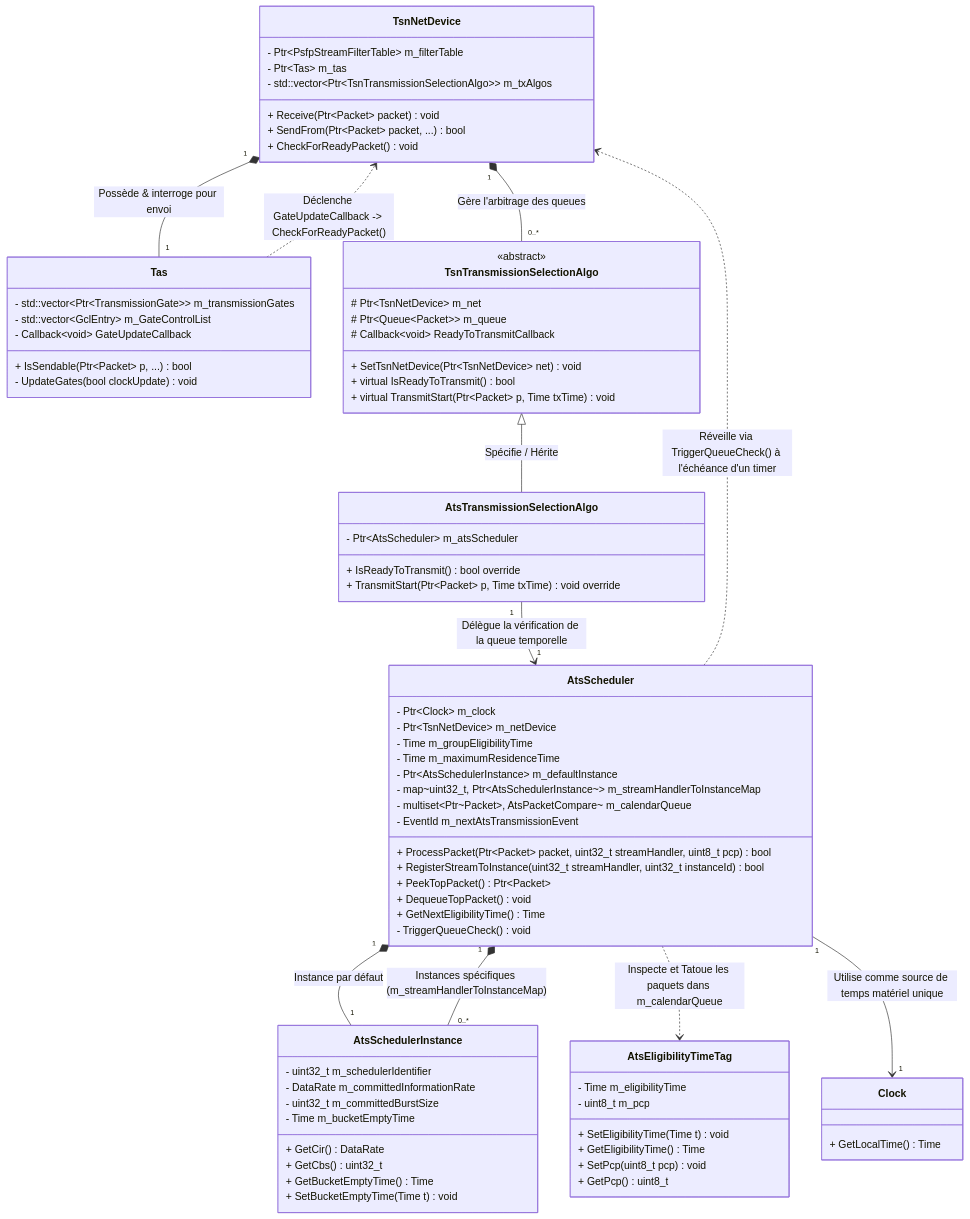
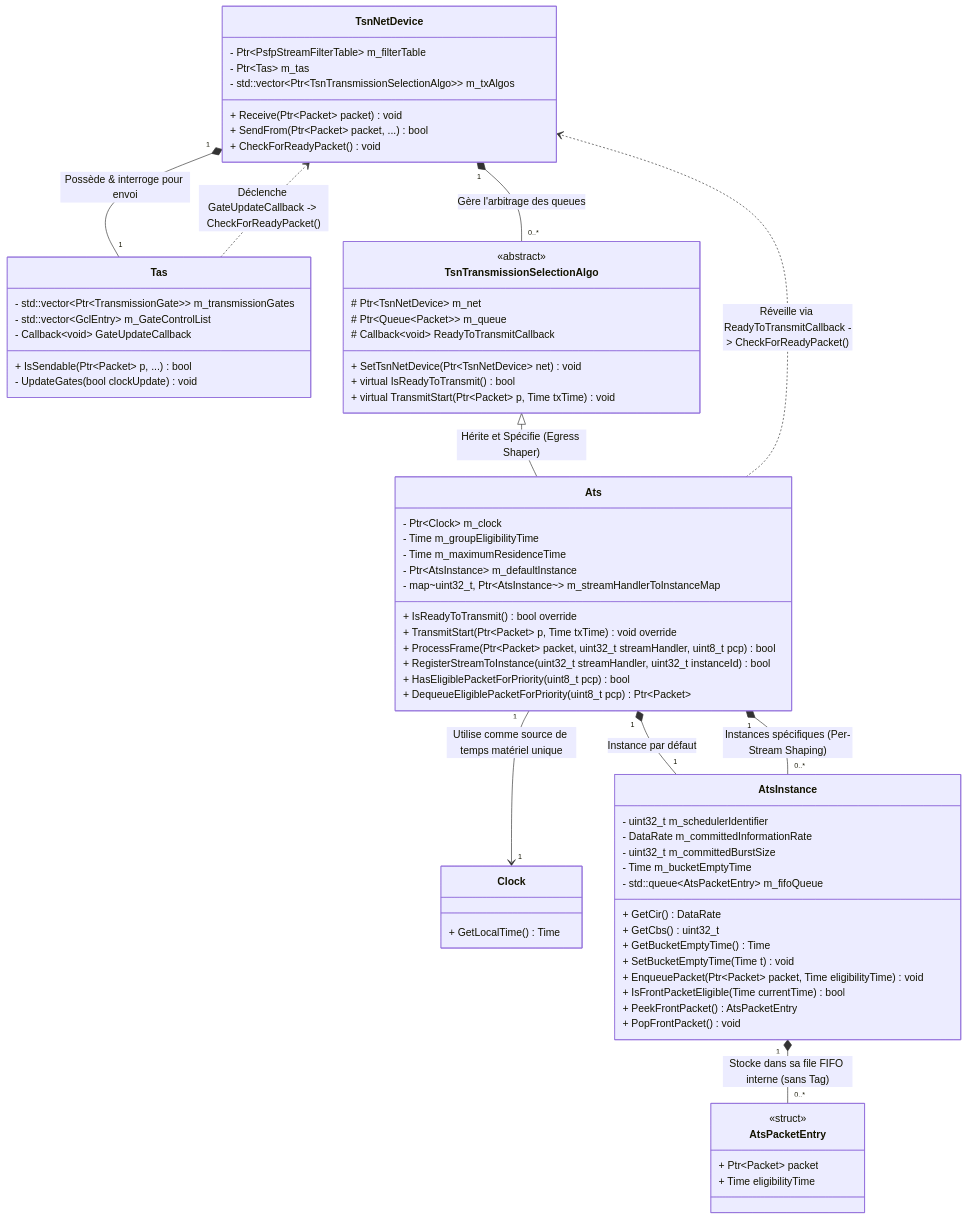
Before and after one commit to athos0x10/ns3-tsn-ats: the diagram in docs/03-ats-design.md, drawn with Mermaid. The commit also changed other lines of this file, not shown here.

Commit message:
fix: ats logic and architecture

````diff
--- a/docs/03-ats-design.md
+++ b/docs/03-ats-design.md
@@ -128,69 +209,63 @@
         + virtual TransmitStart(Ptr~Packet~ p, Time txTime) void
     }
 
-    %% --- Spécification ATS (802.1Qcr) sous forme de TSA ---
-    class AtsTransmissionSelectionAlgo {
-        - Ptr~AtsScheduler~ m_atsScheduler
+    %% --- Le Shaper ATS (802.1Qcr) refactorisé ---
+    class Ats {
+        - Ptr~Clock~ m_clock
+        - Time m_groupEligibilityTime
+        - Time m_maximumResidenceTime
+        - Ptr~AtsInstance~ m_defaultInstance
+        - map~uint32_t, Ptr~AtsInstance~~ m_streamHandlerToInstanceMap
         + IsReadyToTransmit() bool override
         + TransmitStart(Ptr~Packet~ p, Time txTime) void override
+        + ProcessFrame(Ptr~Packet~ packet, uint32_t streamHandler, uint8_t pcp) bool
+        + RegisterStreamToInstance(uint32_t streamHandler, uint32_t instanceId) bool
+        + HasEligiblePacketForPriority(uint8_t pcp) bool
+        + DequeueEligiblePacketForPriority(uint8_t pcp) Ptr~Packet~
     }
 
-    class AtsScheduler {
-        - Ptr~Clock~ m_clock
-        - Ptr~TsnNetDevice~ m_netDevice
-        - Time m_groupEligibilityTime
-        - Time m_maximumResidenceTime
-        - Ptr~AtsSchedulerInstance~ m_defaultInstance
-        - map~uint32_t, Ptr~AtsSchedulerInstance~~ m_streamHandlerToInstanceMap
-        - multiset~Ptr~Packet~, AtsPacketCompare~ m_calendarQueue
-        - EventId m_nextAtsTransmissionEvent
-        + ProcessPacket(Ptr~Packet~ packet, uint32_t streamHandler, uint8_t pcp) bool
-        + RegisterStreamToInstance(uint32_t streamHandler, uint32_t instanceId) bool
-        + PeekTopPacket() Ptr~Packet~
-        + DequeueTopPacket() void
-        + GetNextEligibilityTime() Time
-        - TriggerQueueCheck() void
+    %% --- Structure Interne pour stocker les métadonnées sans Tag ---
+    class AtsPacketEntry {
+        <<struct>>
+        + Ptr~Packet~ packet
+        + Time eligibilityTime
     }
 
-    class AtsSchedulerInstance {
+    %% --- Instances ATS (Seaux à jetons et sous-queues FIFO) ---
+    class AtsInstance {
         - uint32_t m_schedulerIdentifier
         - DataRate m_committedInformationRate
         - uint32_t m_committedBurstSize
         - Time m_bucketEmptyTime
+        - std::queue~AtsPacketEntry~ m_fifoQueue
         + GetCir() DataRate
         + GetCbs() uint32_t
         + GetBucketEmptyTime() Time
         + SetBucketEmptyTime(Time t) void
-    }
-
-    class AtsEligibilityTimeTag {
-        - Time m_eligibilityTime
-        - uint8_t m_pcp
-        + SetEligibilityTime(Time t) void
-        + GetEligibilityTime() Time
-        + SetPcp(uint8_t pcp) void
-        + GetPcp() uint8_t
+        + EnqueuePacket(Ptr~Packet~ packet, Time eligibilityTime) void
+        + IsFrontPacketEligible(Time currentTime) bool
+        + PeekFrontPacket() AtsPacketEntry
+        + PopFrontPacket() void
     }
 
     %% --- Liaisons, Héritages et Dépendances ---
     
-    %% Héritage du sélecteur de transmission
-    TsnTransmissionSelectionAlgo <|-- AtsTransmissionSelectionAlgo : Spécifie / Hérite
+    %% Héritage direct : Ats devient un algorithme de transmission natif
+    TsnTransmissionSelectionAlgo <|-- Ats : Hérite et Spécifie (Egress Shaper)
     
     %% Composition et Agrégation au sein du Port (NetDevice)
     TsnNetDevice "1" *-- "1" Tas : Possède & interroge pour envoi
     TsnNetDevice "1" *-- "0..*" TsnTransmissionSelectionAlgo : Gère l'arbitrage des queues
     
-    %% Architecture Interne ATS
-    AtsTransmissionSelectionAlgo "1" --> "1" AtsScheduler : Délègue la vérification de la queue temporelle
-    AtsScheduler "1" *-- "1" AtsSchedulerInstance : Instance par défaut
-    AtsScheduler "1" *-- "0..*" AtsSchedulerInstance : Instances spécifiques (m_streamHandlerToInstanceMap)
+    %% Architecture Interne ATS simplifiée
+    Ats "1" *-- "1" AtsInstance : Instance par défaut
+    Ats "1" *-- "0..*" AtsInstance : Instances spécifiques (Per-Stream Shaping)
+    AtsInstance "1" *-- "0..*" AtsPacketEntry : Stocke dans sa file FIFO interne (sans Tag)
     
-    %% Tags et Horloge
-    AtsScheduler ..> AtsEligibilityTimeTag : Inspecte et Tatoue les paquets dans m_calendarQueue
-    AtsScheduler "1" --> "1" Clock : Utilise comme source de temps matériel unique
+    %% Dépendances matérielles et logiques
+    Ats "1" --> "1" Clock : Utilise comme source de temps matériel unique
 
-    %% Cycle de Rappel (Callbacks de réveil de simulation)
+    %% Cycle de Rappel (Callbacks)
     Tas ..> TsnNetDevice : Déclenche GateUpdateCallback -> CheckForReadyPacket()
-    AtsScheduler ..> TsnNetDevice : Réveille via TriggerQueueCheck() à l'échéance d'un timer
+    Ats ..> TsnNetDevice : Réveille via ReadyToTransmitCallback -> CheckForReadyPacket()
 ```
````
